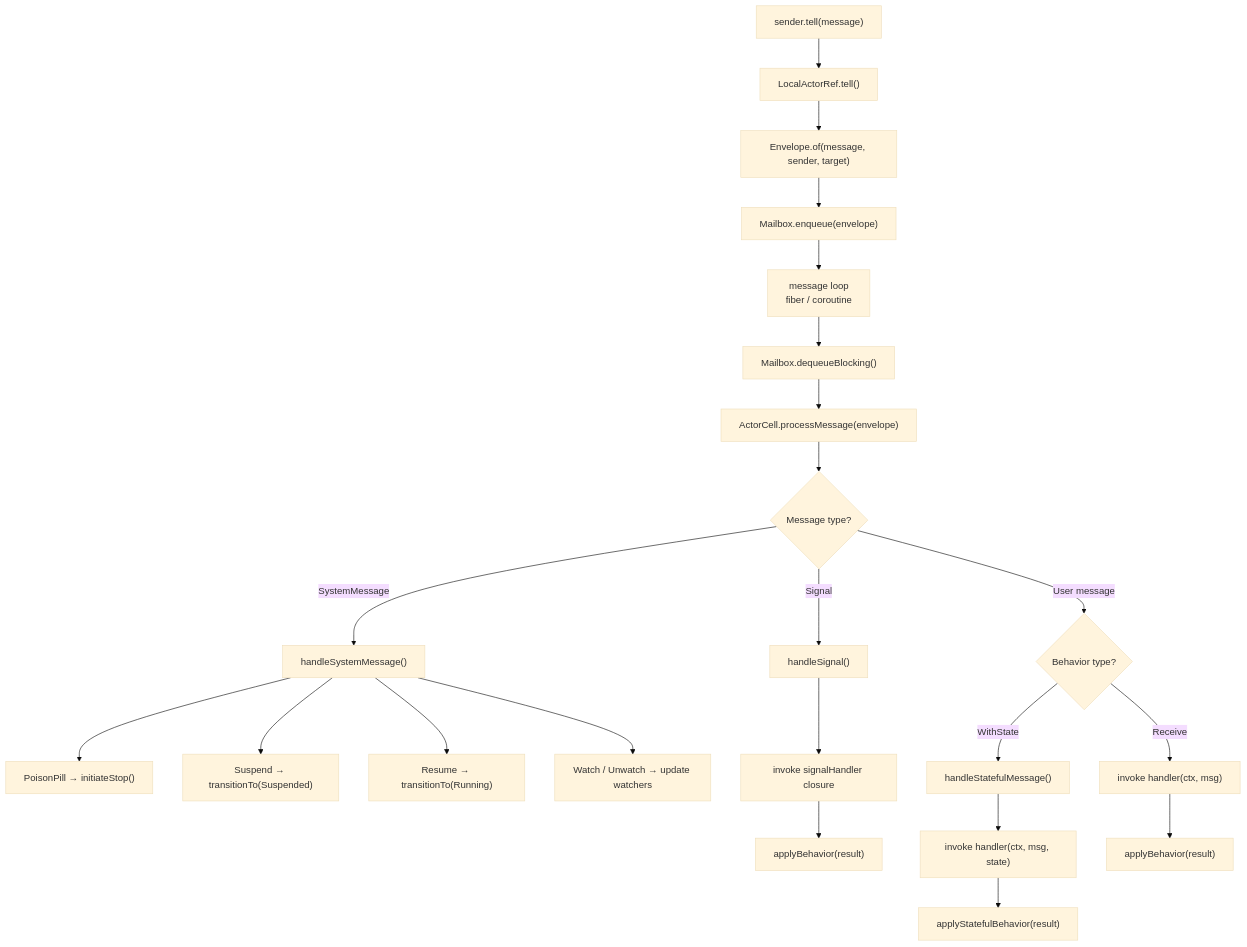
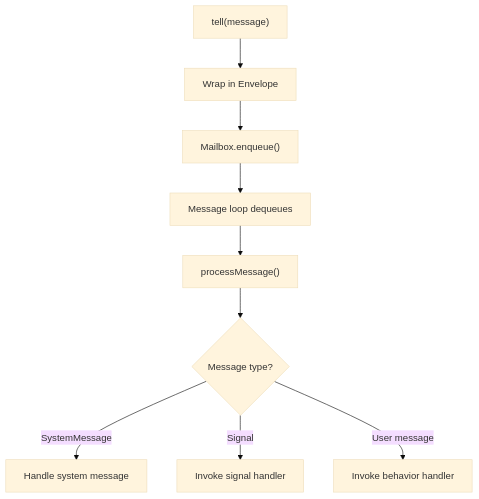
One commit to nexus-actors/nexus changed the first of 2 diagrams in website/docs/architecture/internals.md. Above: the diagram before and after it, drawn with Mermaid (base theme). The commit also changed 19 other files, not shown here.

First line of the commit message:
refactor: simplify diagrams, remove benchmark viz, use Swoole 6.2.0-rc1

````diff
--- a/website/docs/architecture/internals.md
+++ b/website/docs/architecture/internals.md
@@ -33,28 +33,13 @@
 ```mermaid
 flowchart TD
-    A["sender.tell(message)"] --> B["LocalActorRef.tell()"]
-    B --> C["Envelope.of(message, sender, target)"]
-    C --> D["Mailbox.enqueue(envelope)"]
-    D --> E["message loop<br/>fiber / coroutine"]
-    E --> F["Mailbox.dequeueBlocking()"]
-    F --> G["ActorCell.processMessage(envelope)"]
+    A["tell(message)"] --> B["Wrap in Envelope"]
+    B --> C["Mailbox.enqueue()"]
+    C --> D["Message loop dequeues"]
+    D --> E["processMessage()"]
 
-    G --> H{Message type?}
+    E --> F{Message type?}
 
-    H -->|SystemMessage| I["handleSystemMessage()"]
-    I --> I1["PoisonPill → initiateStop()"]
-    I --> I2["Suspend → transitionTo(Suspended)"]
-    I --> I3["Resume → transitionTo(Running)"]
-    I --> I4["Watch / Unwatch → update watchers"]
-
-    H -->|Signal| J["handleSignal()"]
-    J --> J1["invoke signalHandler closure"]
-    J1 --> J2["applyBehavior(result)"]
-
-    H -->|User message| K{Behavior type?}
-    K -->|WithState| L["handleStatefulMessage()"]
-    L --> L1["invoke handler(ctx, msg, state)"]
-    L1 --> L2["applyStatefulBehavior(result)"]
-    K -->|Receive| M["invoke handler(ctx, msg)"]
-    M --> M1["applyBehavior(result)"]
+    F -->|SystemMessage| G["Handle system message"]
+    F -->|Signal| H["Invoke signal handler"]
+    F -->|User message| I["Invoke behavior handler"]
 ```
````
